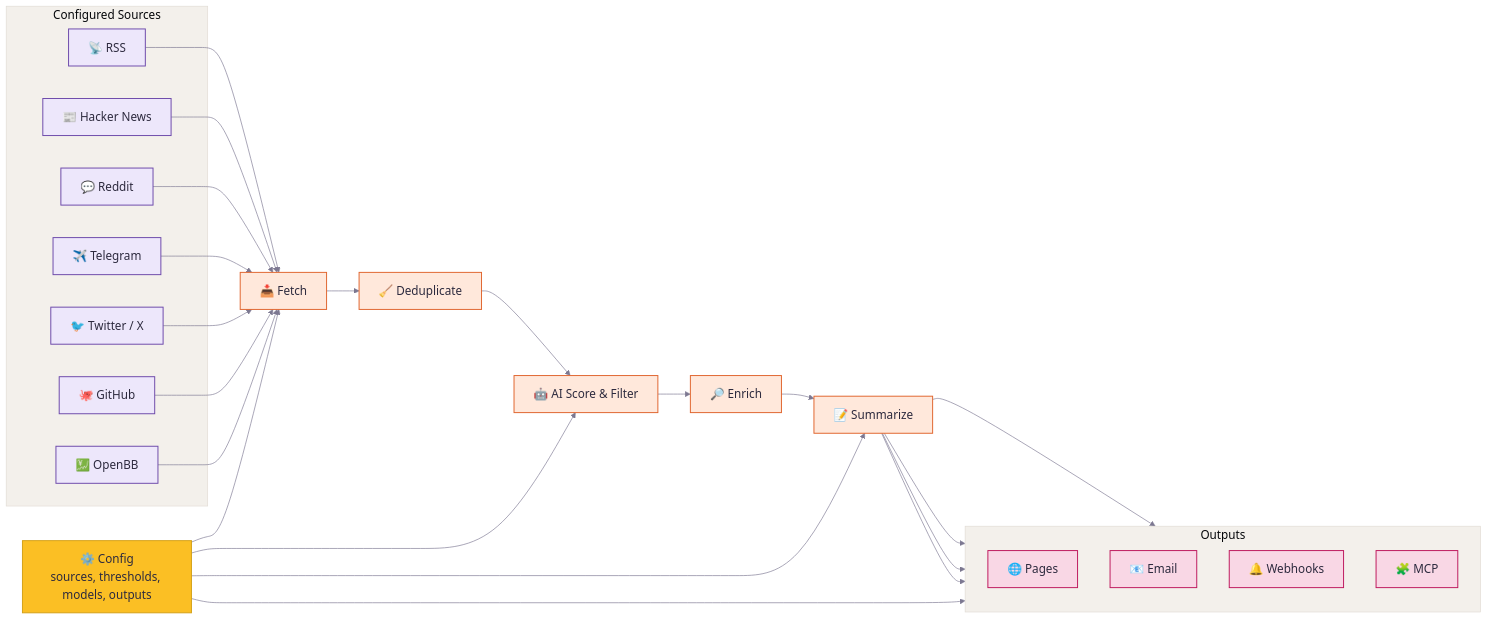
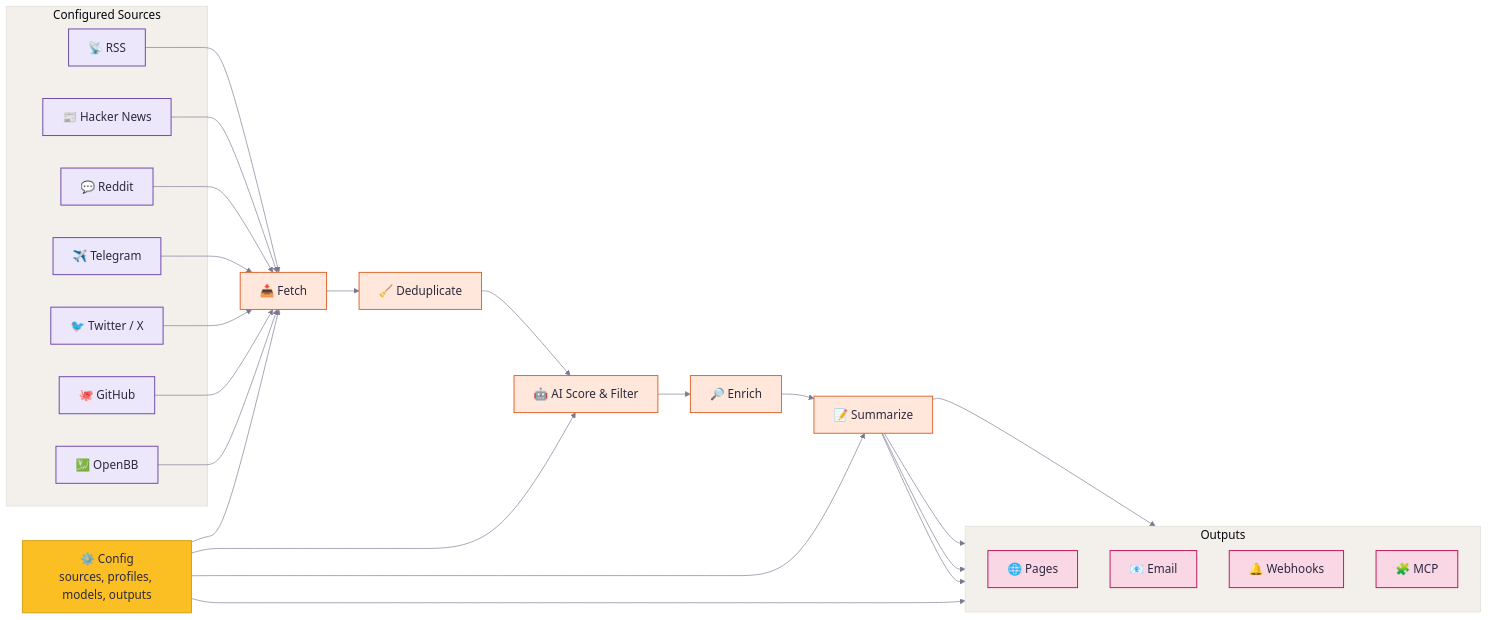
Before and after one commit to 748686/Horizon: the diagram in README.md, drawn with Mermaid. The commit also changed other lines of this file and 59 other files, not shown here.

````diff
--- a/README.md
+++ b/README.md
@@ -92,70 +92,70 @@
 ```mermaid
 %%{init: {
   "theme": "base",
   "themeVariables": {
     "fontFamily": "ui-sans-serif, system-ui, -apple-system, BlinkMacSystemFont, Segoe UI, sans-serif",
     "fontSize": "18px",
     "primaryTextColor": "#2d2a3e",
     "primaryBorderColor": "#e0dbd3",
     "lineColor": "#7c7891",
     "tertiaryColor": "#faf8f5",
     "clusterBkg": "#f3f0eb",
     "clusterBorder": "#e0dbd3"
   }
 }}%%
 flowchart LR
     classDef config fill:#fbbf24,stroke:#d4a017,color:#2d2a3e,stroke-width:1.5px;
     classDef source fill:#ede7fb,stroke:#6d4aaa,color:#2d2a3e,stroke-width:1.5px;
     classDef process fill:#ffe8db,stroke:#e0652e,color:#2d2a3e,stroke-width:1.5px;
     classDef output fill:#f9d7e5,stroke:#be185d,color:#2d2a3e,stroke-width:1.5px;
 
-    config["⚙️ Config<br/>sources, thresholds, models, outputs"]
+    config["⚙️ Config<br/>sources, profiles, models, outputs"]
 
     subgraph sources["Configured Sources"]
         rss["📡 RSS"]
         hn["📰 Hacker News"]
         reddit["💬 Reddit"]
         telegram["✈️ Telegram"]
         twitter["🐦 Twitter / X"]
         github["🐙 GitHub"]
         openbb["💹 OpenBB"]
     end
 
     fetch["📥 Fetch"]
     dedup["🧹 Deduplicate"]
     score["🤖 AI Score & Filter"]
     enrich["🔎 Enrich"]
     summary["📝 Summarize"]
 
     subgraph outputs["Outputs"]
         direction TB
         site["🌐 Pages"]
         email["📧 Email"]
         webhook["🔔 Webhooks"]
         mcp["🧩 MCP"]
     end
 
     config --> fetch
     rss --> fetch
     hn --> fetch
     reddit --> fetch
     telegram --> fetch
     twitter --> fetch
     github --> fetch
     openbb --> fetch
 
     fetch --> dedup --> score --> enrich --> summary
     config --> score
     config --> summary
     config --> outputs
 
     summary --> site
     summary --> email
     summary --> webhook
     summary --> mcp
 
     class config config
     class rss,hn,reddit,telegram,twitter,github,openbb source
     class fetch,dedup,score,enrich,summary process
     class site,email,webhook,mcp output
 ```
````
